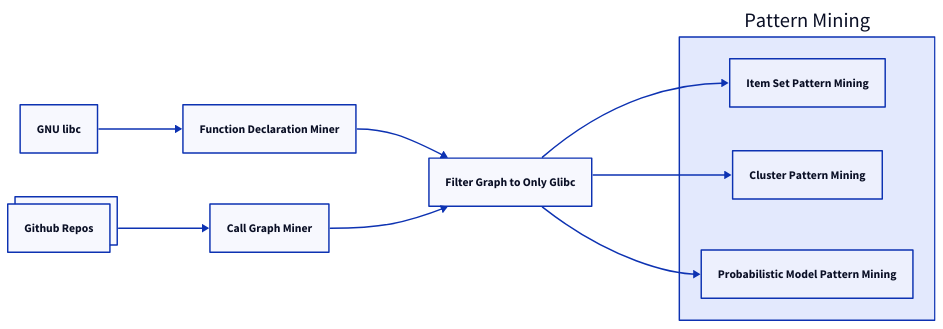
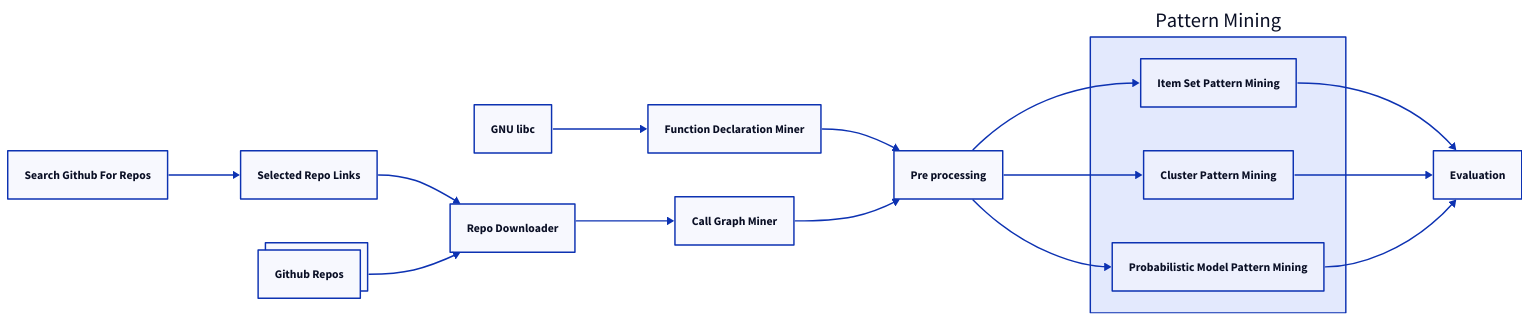
One commit to AndreTells/tcc changed the diagram in assets/src/pipeline_overview.d2. Above: the diagram before and after it, drawn with D2.

Commit message:
added new modules to pipeline overview graph

```diff
--- a/assets/src/pipeline_overview.d2
+++ b/assets/src/pipeline_overview.d2
@@ -1,47 +1,70 @@
 direction: right
 
 github_repos: {
   label: Github Repos
   style.multiple: true
 }
 
 glibc: {
   label: GNU libc
 }
 
 glibc_miner: {
   label: Function Declaration Miner 
 }
 
+downloader: {
+  label: Repo Downloader
+}
+
+repo_list: {
+  label: Selected Repo Links
+}
+
+github_search: {
+  label: Search Github For Repos
+}
+
 miner: {
   label: Call Graph Miner
 }
 
 filter: {
-  label: Filter Graph to Only Glibc 
+  label: Pre processing 
 }
 
-github_repos -> miner
+github_search -> repo_list
+repo_list -> downloader
+github_repos -> downloader 
+downloader -> miner
 glibc -> glibc_miner 
 
 glibc_miner -> filter
 miner -> filter
 
 container: Pattern Mining{
   direction: right
   itemset: {
     label: Item Set Pattern Mining
   }
 
   clustering: {
     label: Cluster Pattern Mining
   }
 
   probabilistic_models: {
     label: Probabilistic Model Pattern Mining
   }
 }
 
+evaluation: {
+  label: Evaluation 
+}
+
 filter -> container.itemset 
 filter -> container.clustering
 filter -> container.probabilistic_models
+
+container.itemset -> evaluation
+container.clustering -> evaluation
+container.probabilistic_models -> evaluation
```
